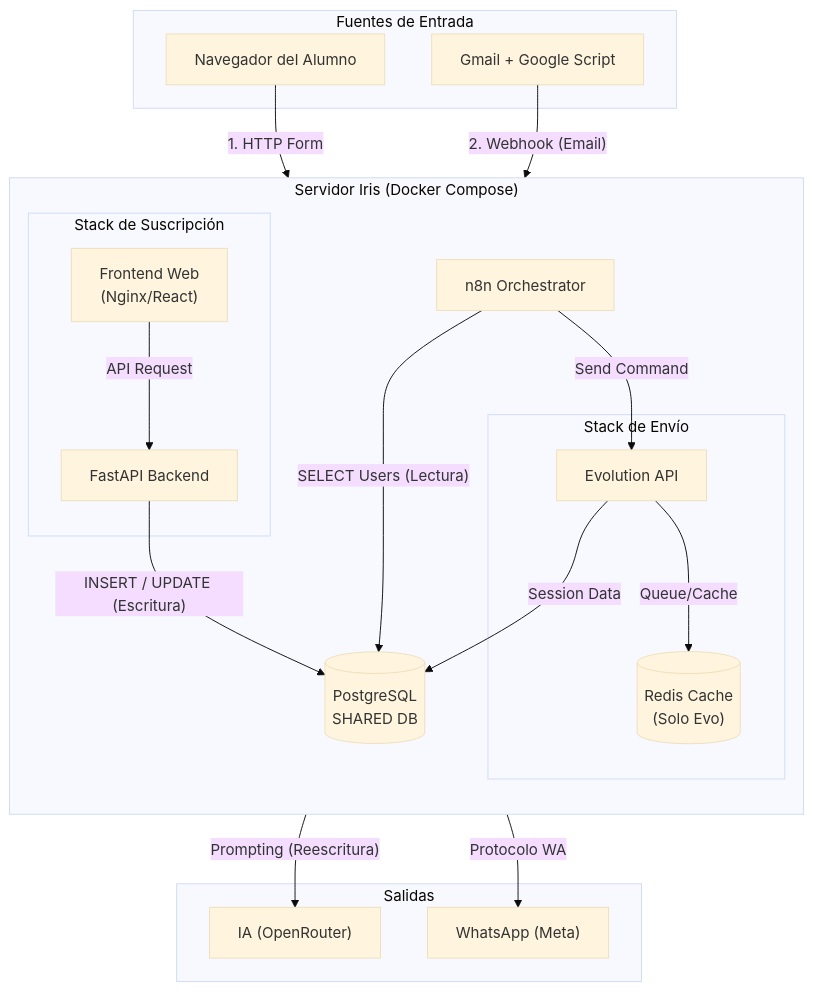
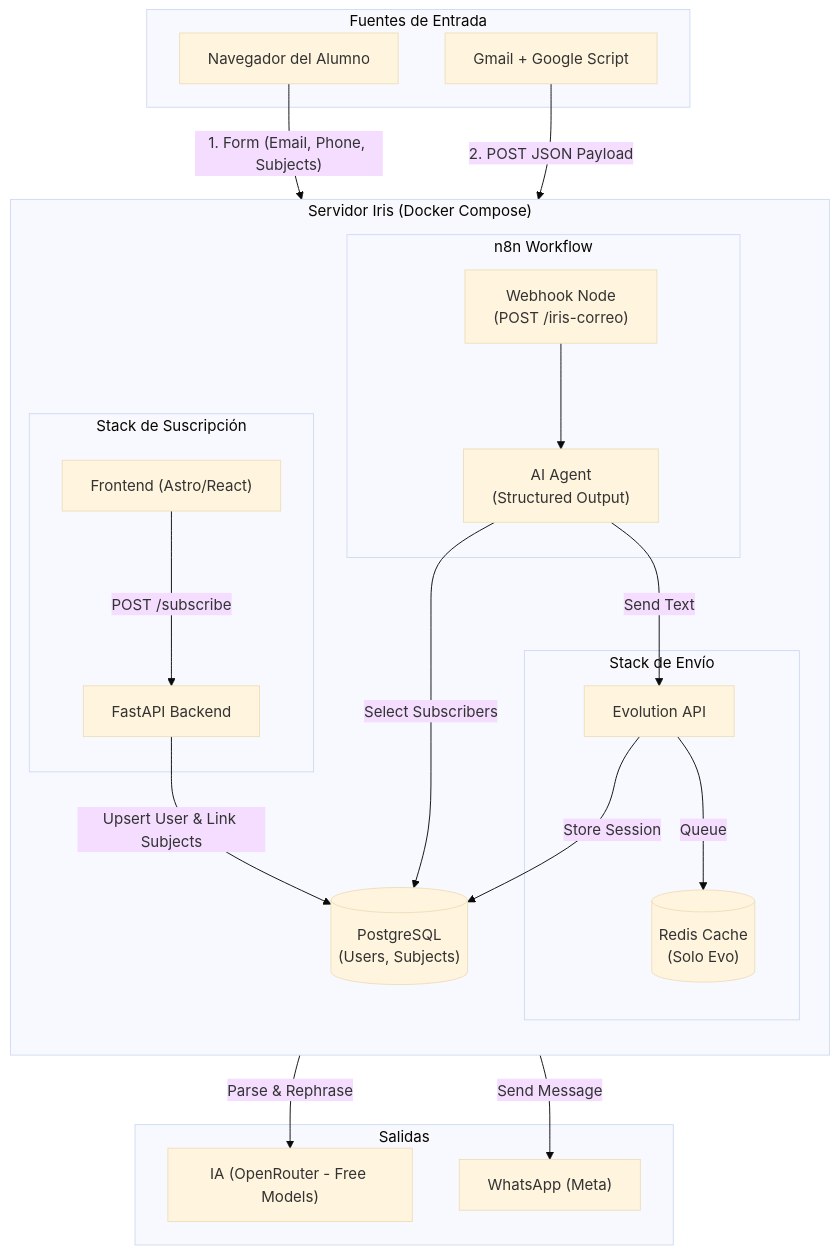
The diagram in documentation/Arquitectura.md (AlejandroDeLaRivaGarcia/Iris-Reto-006-), drawn with Mermaid (base theme) before and after one commit. The commit also changed other lines of this file, not shown here.

Commit message:
docs(arch): agrega servicio ngrok a tabla puertos

````diff
--- a/documentation/Arquitectura.md
+++ b/documentation/Arquitectura.md
@@ -1,53 +1,57 @@
 ```mermaid
 graph TD
     %% 1. El Mundo Exterior (Entradas)
     subgraph Inputs ["Fuentes de Entrada"]
         User_Device["Navegador del Alumno"]:::ext
         Gmail_Cloud["Gmail + Google Script"]:::google
     end
 
     %% 2. Tu Servidor (Docker Host)
     subgraph Docker_Host ["Servidor Iris (Docker Compose)"]
         direction TB
 
         %% Bloque Web (Suscripción)
         subgraph Web_Stack ["Stack de Suscripción"]
-            Frontend["Frontend Web<br/>(Nginx/React)"]:::front
+            Frontend["Frontend (Astro/React)"]:::front
             Backend["FastAPI Backend"]:::docker
         end
 
         %% Bloque Lógico (Procesamiento)
-        n8n["n8n Orchestrator"]:::docker
+        subgraph Automation ["n8n Workflow"]
+            Webhook["Webhook Node<br/>(POST /iris-correo)"]:::docker
+            AIAgent["AI Agent<br/>(Structured Output)"]:::docker
+        end
 
         %% Bloque Envío (Evolution + Redis)
         subgraph Evo_Stack ["Stack de Envío"]
             Evo["Evolution API"]:::docker
             Redis[("Redis Cache<br/>(Solo Evo)")]:::db
         end
 
         %% Persistencia Compartida
-        PG[("PostgreSQL<br/>SHARED DB")]:::db
+        PG[("PostgreSQL<br/>(Users, Subjects)")]:::db
     end
 
     %% 3. Salidas Externas
     subgraph Outputs ["Salidas"]
-        LLM["IA (OpenRouter)"]:::ext
+        LLM["IA (OpenRouter - Free Models)"]:::ext
         Whatsapp["WhatsApp (Meta)"]:::ext
     end
 
     %% --- CONEXIONES DEL FLUJO 1: SUSCRIPCIÓN ---
-    User_Device -- "1. HTTP Form" --> Frontend
-    Frontend -- "API Request" --> Backend
-    Backend -- "INSERT / UPDATE (Escritura)" --> PG
+    User_Device -- "1. Form (Email, Phone, Subjects)" --> Frontend
+    Frontend -- "POST /subscribe" --> Backend
+    Backend -- "Upsert User & Link Subjects" --> PG
 
     %% --- CONEXIONES DEL FLUJO 2: ENVÍO ---
-    Gmail_Cloud -- "2. Webhook (Email)" --> n8n
-    n8n -- "SELECT Users (Lectura)" --> PG
-    n8n -- "Prompting (Reescritura)" --> LLM
-    
+    Gmail_Cloud -- "2. POST JSON Payload" --> Webhook
+    Webhook --> AIAgent
+    AIAgent -- "Parse & Rephrase" --> LLM
+    AIAgent -- "Select Subscribers" --> PG
+
     %% Dispatch
-    n8n -- "Send Command" --> Evo
-    Evo -- "Session Data" --> PG
-    Evo -- "Queue/Cache" --> Redis
-    Evo -- "Protocolo WA" --> Whatsapp
+    AIAgent -- "Send Text" --> Evo
+    Evo -- "Store Session" --> PG
+    Evo -- "Queue" --> Redis
+    Evo -- "Send Message" --> Whatsapp
 ```
````
